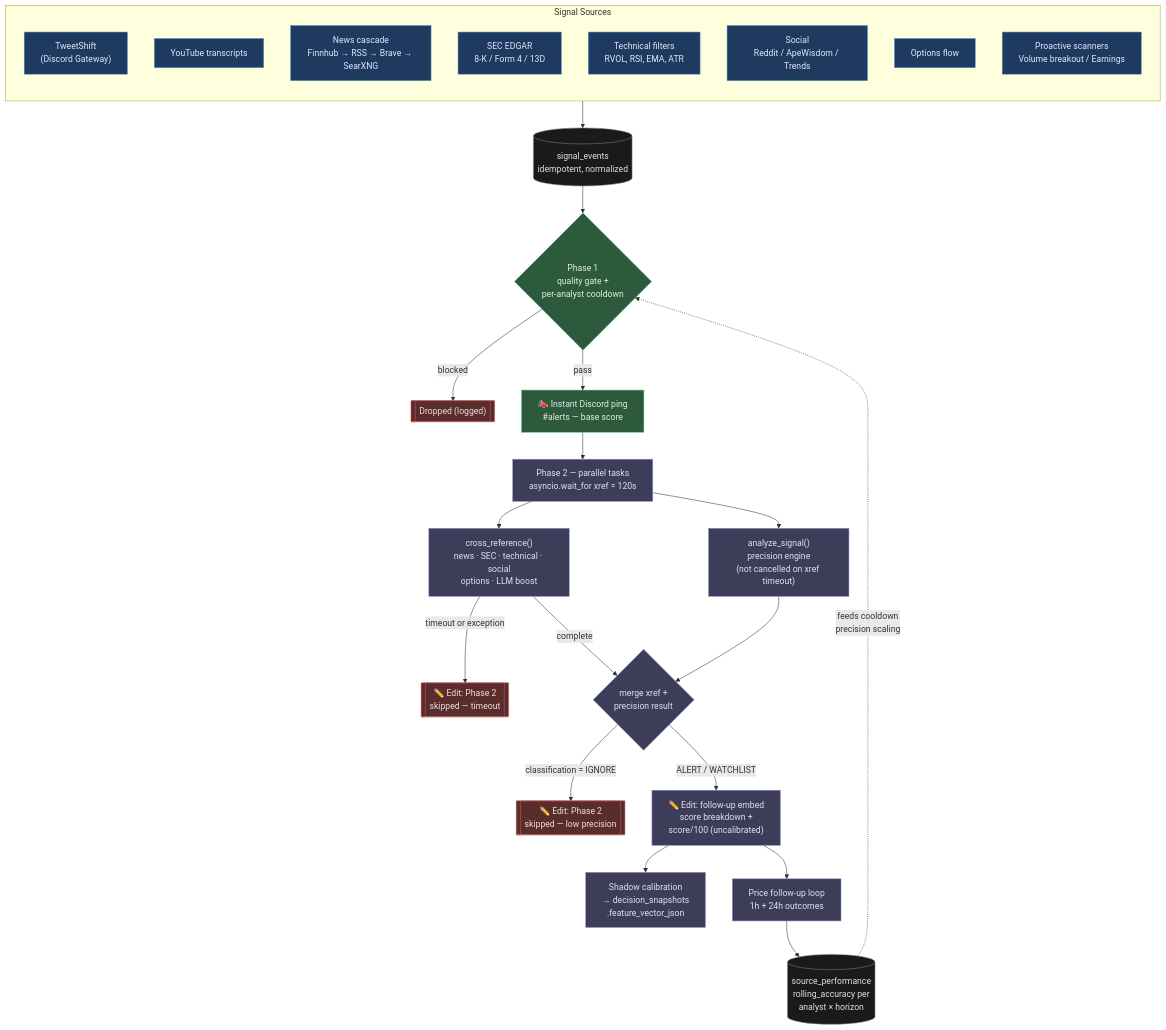
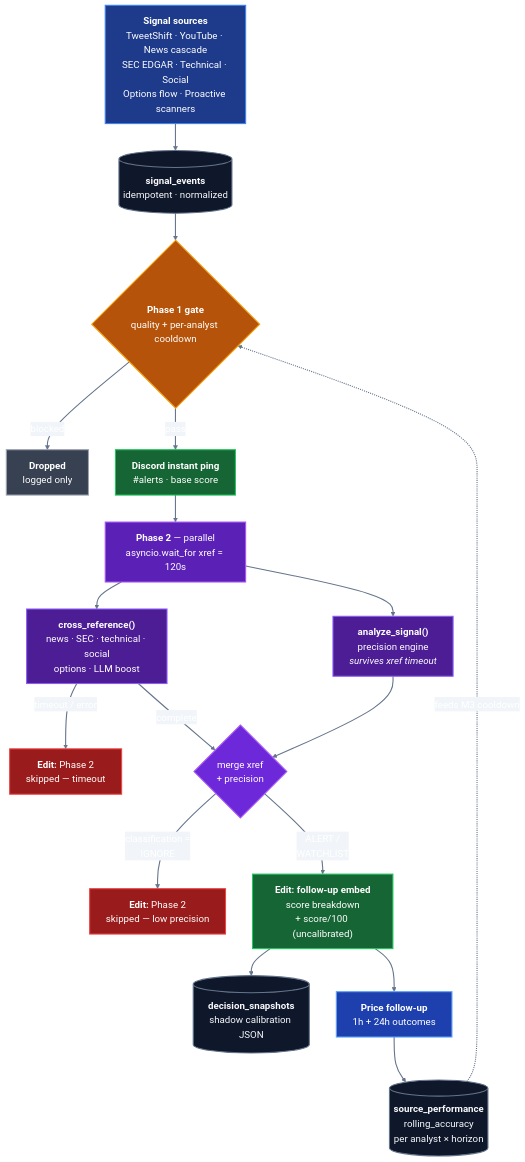
Before and after one commit to chopra2007/openclaw--StockTicker-Signals-Discord-Bot: the diagram in README.md, drawn with Mermaid.

Commit message:
docs: improve Mermaid diagram contrast and legibility
Previous version used classDef with mid-tone fills. GitHub's Mermaid
renderer can apply theme overrides that left text looking low-contrast,
and the default font size is small.

This revision:
- Per-node `style` directives (not classDef — more reliable on GitHub)
  with dark saturated fills + pure #ffffff text for guaranteed contrast
  in both GitHub light and dark mode
- `themeVariables.fontSize: 18px` bumps node labels from ~14px default
- Bolder node borders (stroke-width 2px)
- Bold markdown (<b>…</b>) on primary labels within each node
- Consolidated the 8 source nodes into one summary node — same
  information, less visual noise, larger effective text
- Semantic color palette: blue = input, green = success path,
  red = skip path, purple = Phase 2 work, amber = gate, grey = storage

````diff
--- a/README.md
+++ b/README.md
@@ -9,50 +9,47 @@
 ```mermaid
+%%{init: {'theme':'base','themeVariables':{'fontSize':'18px','fontFamily':'ui-sans-serif, system-ui, sans-serif','primaryColor':'#1e40af','primaryTextColor':'#ffffff','primaryBorderColor':'#60a5fa','lineColor':'#475569','edgeLabelBackground':'#f1f5f9','tertiaryColor':'#0f172a'}}}%%
 flowchart TD
-    subgraph Sources["Signal Sources"]
-        direction TB
-        TW["TweetShift<br/>(Discord Gateway)"]
-        YT["YouTube transcripts"]
-        NEWS["News cascade<br/>Finnhub → RSS → Brave → SearXNG"]
-        SEC["SEC EDGAR<br/>8-K / Form 4 / 13D"]
-        TECH["Technical filters<br/>RVOL, RSI, EMA, ATR"]
-        SOCIAL["Social<br/>Reddit / ApeWisdom / Trends"]
-        OPT["Options flow"]
-        SCAN["Proactive scanners<br/>Volume breakout / Earnings"]
-    end
+    SRC["<b>Signal sources</b><br/>TweetShift · YouTube · News cascade<br/>SEC EDGAR · Technical · Social<br/>Options flow · Proactive scanners"]
 
-    Sources --> INGEST[("signal_events<br/>idempotent, normalized")]
+    SRC --> INGEST[("<b>signal_events</b><br/>idempotent · normalized")]
 
-    INGEST --> P1{"Phase 1<br/>quality gate +<br/>per-analyst cooldown"}
-    P1 -->|blocked| DROP[["Dropped (logged)"]]
-    P1 -->|pass| PING["📣 Instant Discord ping<br/>#alerts — base score"]
+    INGEST --> P1{"<b>Phase 1 gate</b><br/>quality + per-analyst cooldown"}
+    P1 -->|blocked| DROP["<b>Dropped</b><br/>logged only"]
+    P1 -->|pass| PING["<b>Discord instant ping</b><br/>#alerts · base score"]
 
-    PING --> P2["Phase 2 — parallel tasks<br/>asyncio.wait_for xref = 120s"]
+    PING --> P2["<b>Phase 2</b> — parallel<br/>asyncio.wait_for xref = 120s"]
 
-    P2 --> XREF["cross_reference()<br/>news · SEC · technical · social<br/>options · LLM boost"]
-    P2 --> PREC["analyze_signal()<br/>precision engine<br/>(not cancelled on xref timeout)"]
+    P2 --> XREF["<b>cross_reference()</b><br/>news · SEC · technical · social<br/>options · LLM boost"]
+    P2 --> PREC["<b>analyze_signal()</b><br/>precision engine<br/><i>survives xref timeout</i>"]
 
-    XREF -->|"timeout or exception"| SKIP1[["✏️ Edit: Phase 2<br/>skipped — timeout"]]
-    XREF -->|"complete"| MERGE{"merge xref +<br/>precision result"}
+    XREF -->|timeout / error| SKIP1["<b>Edit:</b> Phase 2<br/>skipped — timeout"]
+    XREF -->|complete| MERGE{"merge xref<br/>+ precision"}
     PREC --> MERGE
 
-    MERGE -->|"classification = IGNORE"| SKIP2[["✏️ Edit: Phase 2<br/>skipped — low precision"]]
-    MERGE -->|"ALERT / WATCHLIST"| FOLLOW["✏️ Edit: follow-up embed<br/>score breakdown +<br/>score/100 (uncalibrated)"]
+    MERGE -->|classification =<br/>IGNORE| SKIP2["<b>Edit:</b> Phase 2<br/>skipped — low precision"]
+    MERGE -->|ALERT /<br/>WATCHLIST| FOLLOW["<b>Edit: follow-up embed</b><br/>score breakdown<br/>+ score/100 (uncalibrated)"]
 
-    FOLLOW --> SHADOW["Shadow calibration<br/>→ decision_snapshots<br/>.feature_vector_json"]
-    FOLLOW --> TRACK["Price follow-up loop<br/>1h + 24h outcomes"]
+    FOLLOW --> SHADOW[("<b>decision_snapshots</b><br/>shadow calibration JSON")]
+    FOLLOW --> TRACK["<b>Price follow-up</b><br/>1h + 24h outcomes"]
 
-    TRACK --> PERF[("source_performance<br/>rolling_accuracy per<br/>analyst × horizon")]
-    PERF -.->|"feeds cooldown<br/>precision scaling"| P1
+    TRACK --> PERF[("<b>source_performance</b><br/>rolling_accuracy<br/>per analyst × horizon")]
+    PERF -.->|feeds M3 cooldown| P1
 
-    classDef source fill:#1e3a5f,stroke:#4a90c8,stroke-width:1px,color:#e0e7ff
-    classDef phase1 fill:#2d5a3d,stroke:#5ab976,stroke-width:1px,color:#dcf0e1
-    classDef phase2 fill:#3d3d5a,stroke:#8a8ac8,stroke-width:1px,color:#e0e0f0
-    classDef skip fill:#5a2d2d,stroke:#c85a5a,stroke-width:1px,color:#f0dcdc
-    classDef store fill:#1a1a1a,stroke:#808080,stroke-width:1px,color:#e0e0e0
+    style SRC      fill:#1e3a8a,stroke:#3b82f6,stroke-width:2px,color:#ffffff
+    style INGEST   fill:#0f172a,stroke:#64748b,stroke-width:2px,color:#f8fafc
+    style P1       fill:#b45309,stroke:#f59e0b,stroke-width:2px,color:#ffffff
+    style PING     fill:#166534,stroke:#22c55e,stroke-width:2px,color:#ffffff
+    style P2       fill:#5b21b6,stroke:#a855f7,stroke-width:2px,color:#ffffff
+    style XREF     fill:#4c1d95,stroke:#8b5cf6,stroke-width:2px,color:#ffffff
+    style PREC     fill:#4c1d95,stroke:#8b5cf6,stroke-width:2px,color:#ffffff
+    style MERGE    fill:#6d28d9,stroke:#a855f7,stroke-width:2px,color:#ffffff
+    style FOLLOW   fill:#166534,stroke:#22c55e,stroke-width:2px,color:#ffffff
+    style SKIP1    fill:#991b1b,stroke:#ef4444,stroke-width:2px,color:#ffffff
+    style SKIP2    fill:#991b1b,stroke:#ef4444,stroke-width:2px,color:#ffffff
+    style DROP     fill:#374151,stroke:#9ca3af,stroke-width:2px,color:#ffffff
+    style SHADOW   fill:#0f172a,stroke:#64748b,stroke-width:2px,color:#f8fafc
+    style TRACK    fill:#1e40af,stroke:#60a5fa,stroke-width:2px,color:#ffffff
+    style PERF     fill:#0f172a,stroke:#64748b,stroke-width:2px,color:#f8fafc
 
-    class TW,YT,NEWS,SEC,TECH,SOCIAL,OPT,SCAN source
-    class P1,PING phase1
-    class P2,XREF,PREC,MERGE,FOLLOW,SHADOW,TRACK phase2
-    class SKIP1,SKIP2,DROP skip
-    class INGEST,PERF store
+    linkStyle default stroke:#64748b,stroke-width:2px
 ```
````
